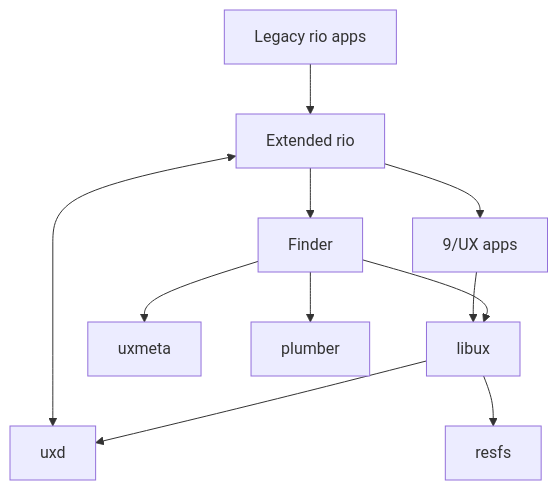
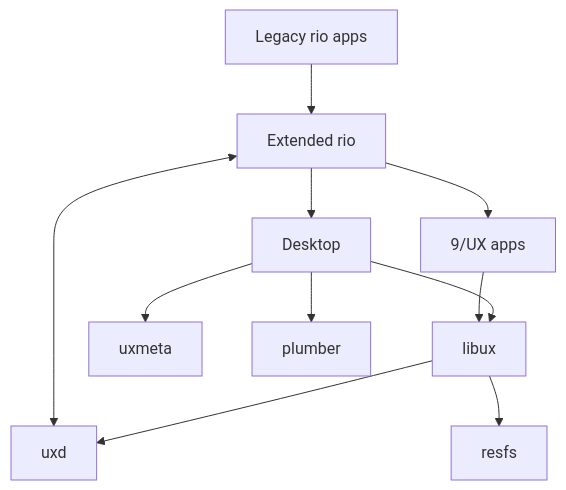
Before and after one commit to progrium/9ux: the diagram in README.md, drawn with Mermaid. The commit also changed other lines of this file and 96 other files, not shown here.

First line of the commit message:
Rename Finder to Desktop

````diff
--- a/README.md
+++ b/README.md
@@ -75,13 +75,13 @@
 ```mermaid
 flowchart TD
-    R[Extended rio] --> F[Finder]
+    R[Extended rio] --> F[Desktop]
     R --> A[9/UX apps]
     L[Legacy rio apps] --> R
     F --> T[libux]
     A --> T
     T --> B[uxd]
     R <--> B
     F --> M[uxmeta]
     F --> P[plumber]
     T --> S[resfs]
 ```
````
